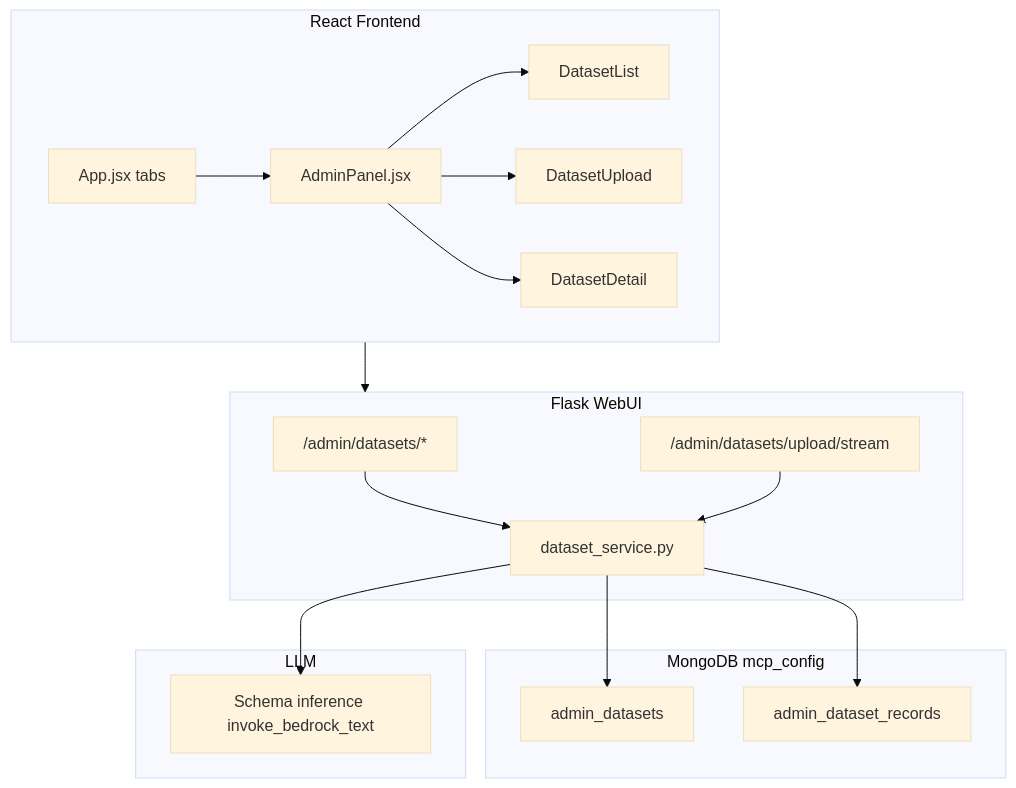
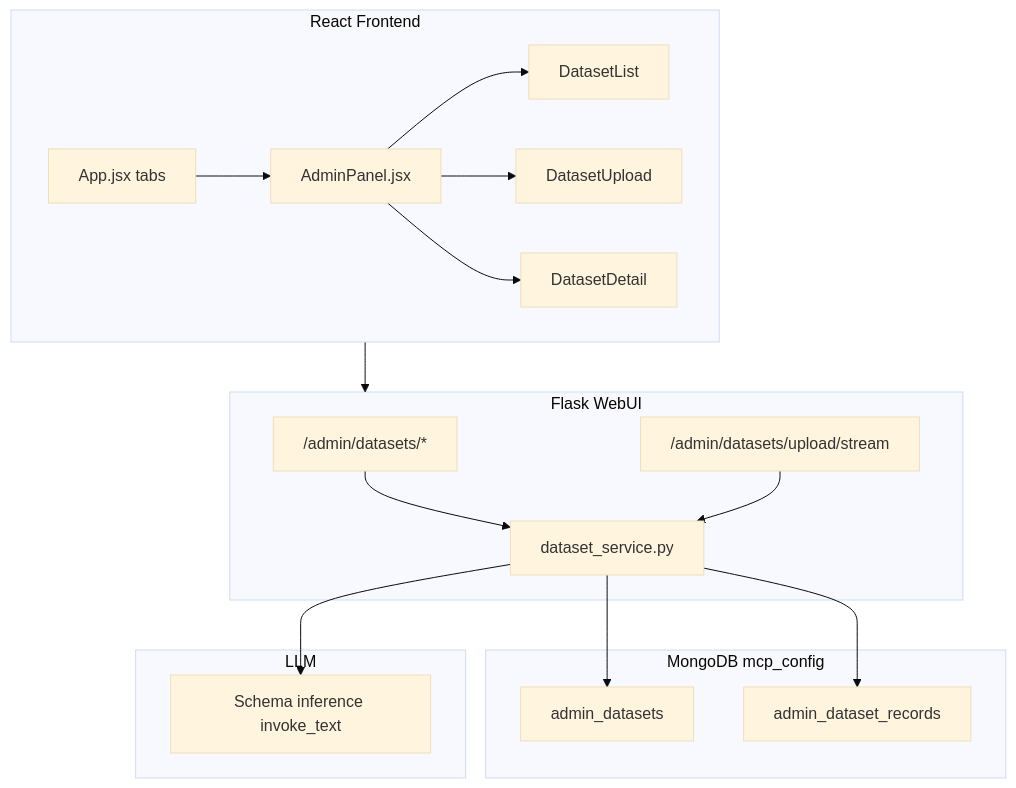
Before and after one commit to scottcapista/mongo-examples: the diagram in MongoMCP/docs/plans/admin-datasets.md, drawn with Mermaid (base theme). The commit also changed 33 other files, not shown here.

````diff
--- a/MongoMCP/docs/plans/admin-datasets.md
+++ b/MongoMCP/docs/plans/admin-datasets.md
@@ -13,36 +13,36 @@
 ```mermaid
 flowchart TB
   subgraph frontend [React Frontend]
     App[App.jsx tabs]
   Admin[AdminPanel.jsx]
   List[DatasetList]
   Upload[DatasetUpload]
   Detail[DatasetDetail]
     App --> Admin
     Admin --> List
     Admin --> Upload
     Admin --> Detail
   end
 
   subgraph flask [Flask WebUI]
   API["/admin/datasets/*"]
   Stream["/admin/datasets/upload/stream"]
   Svc[dataset_service.py]
     API --> Svc
     Stream --> Svc
   end
 
   subgraph mongo [MongoDB mcp_config]
   Meta[admin_datasets]
   Records[admin_dataset_records]
   end
 
   subgraph llm [LLM]
-  Infer[Schema inference invoke_bedrock_text]
+  Infer[Schema inference invoke_text]
   end
 
   frontend --> flask
   Svc --> Meta
   Svc --> Records
   Svc --> Infer
 ```
````
